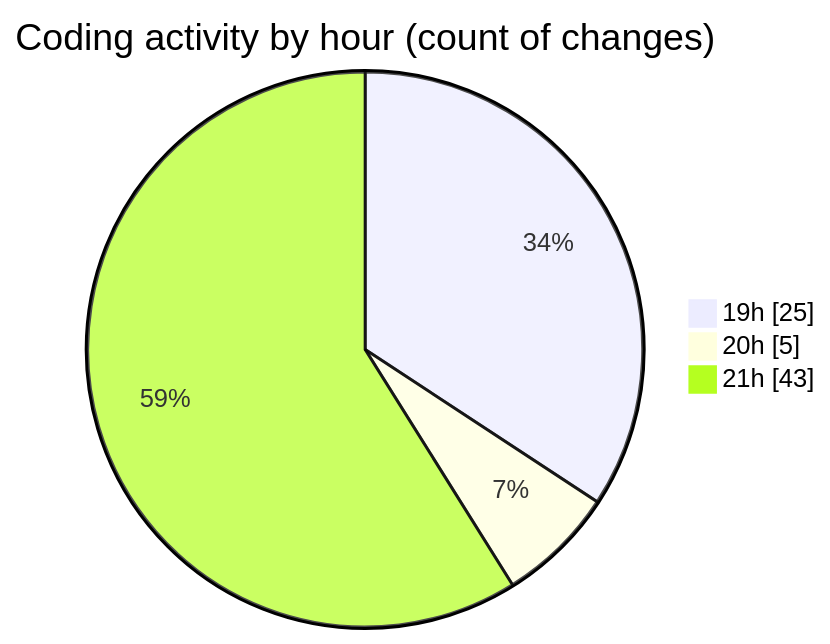
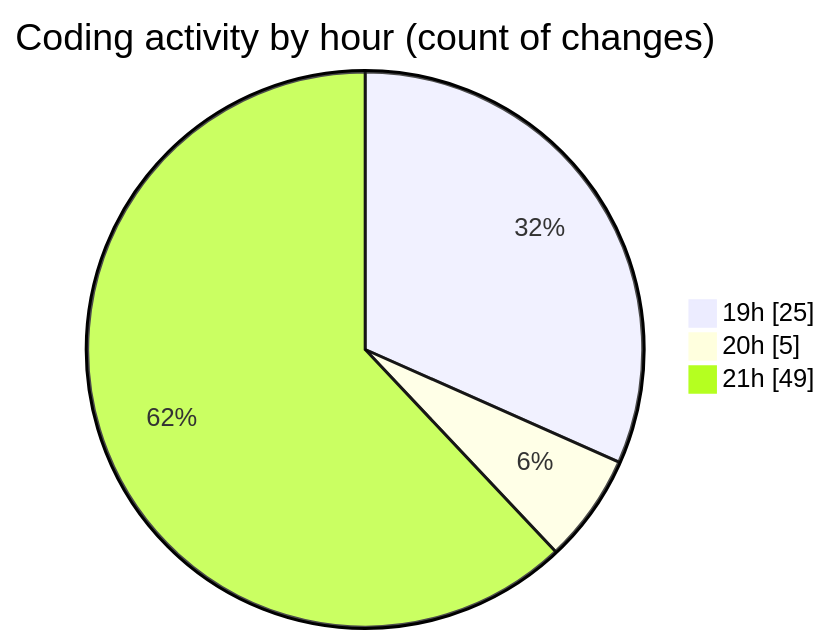
Before and after one commit to momahboobian/code-tracking: the second of 2 diagrams in 2025-02-28/cda/README.md, drawn with Mermaid. The commit also changed other lines of this file and 1 other file, not shown here.

````diff
--- a/2025-02-28/cda/README.md
+++ b/2025-02-28/cda/README.md
@@ -34,7 +34,7 @@
 ```mermaid
 pie showData
 title Coding activity by hour (count of changes)
 "19h" : 25
 "20h" : 5
-"21h" : 43
+"21h" : 49
 ```
````
